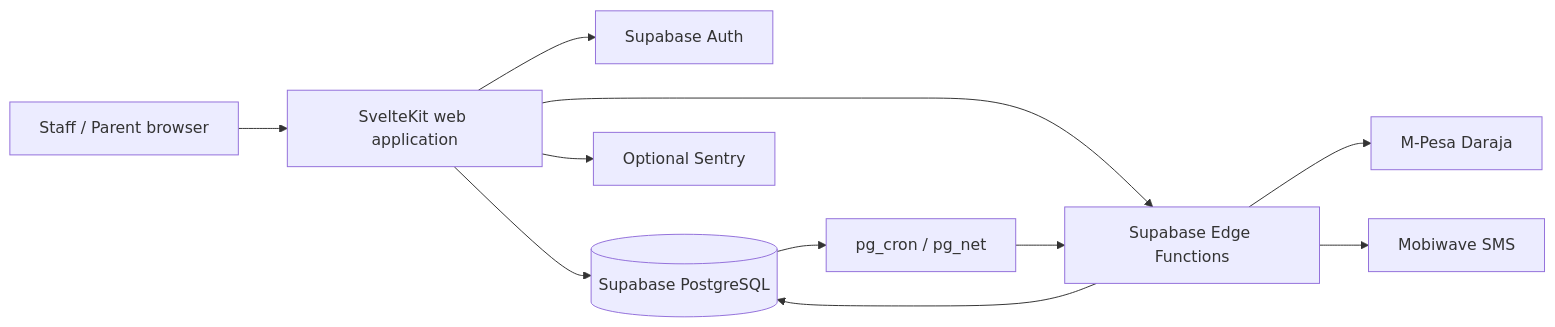
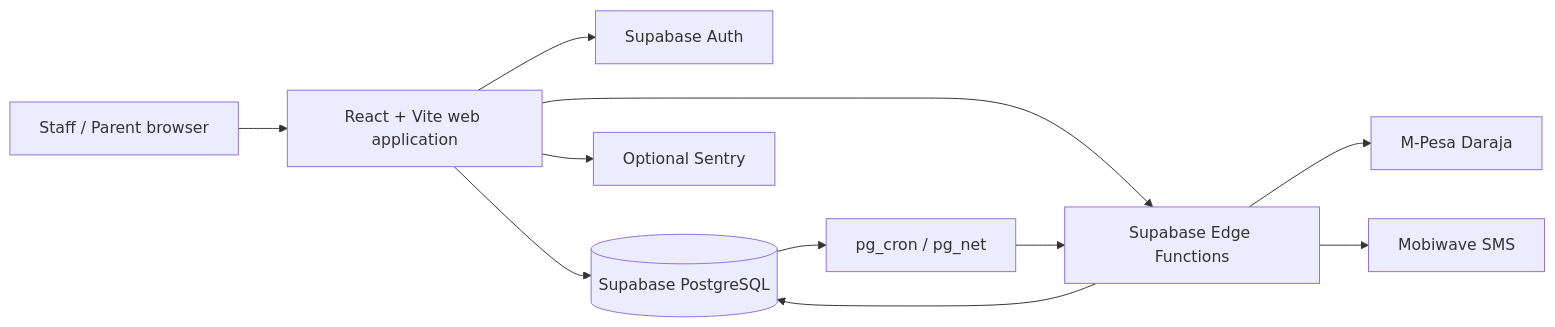
One commit to malingib/ReClass changed the diagram in ARCHITECTURE.md. Above: the diagram before and after it, drawn with Mermaid. The commit also changed other lines of this file and 82 other files, not shown here.

First line of the commit message:
feat(web-react): React migration checkpoint plus cleanup wave

````diff
--- a/ARCHITECTURE.md
+++ b/ARCHITECTURE.md
@@ -47,13 +47,13 @@
 ```mermaid
 flowchart LR
-    U[Staff / Parent browser] --> W[SvelteKit web application]
+    U[Staff / Parent browser] --> W[React + Vite web application]
     W --> A[Supabase Auth]
     W --> DB[(Supabase PostgreSQL)]
     W --> E[Supabase Edge Functions]
     E --> DB
     E --> MP[M-Pesa Daraja]
     E --> SMS[Mobiwave SMS]
     DB --> CRON[pg_cron / pg_net]
     CRON --> E
     W --> OBS[Optional Sentry]
 ```
````
